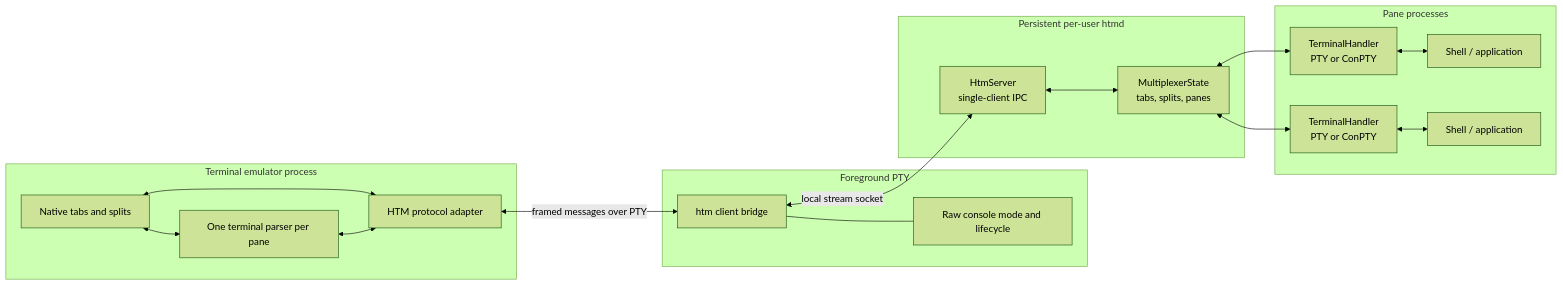
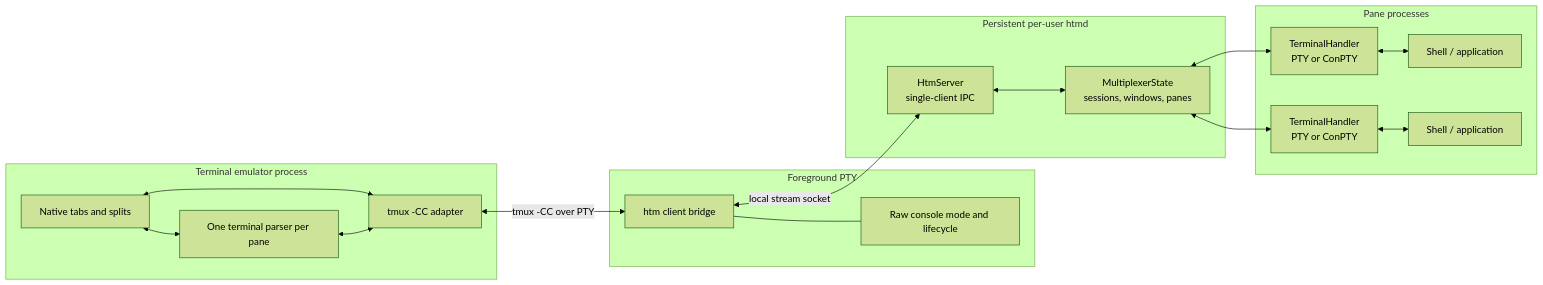
One commit to MisterTea/EternalTerminal changed the first of 3 diagrams in docs/htm-design.md. Above: the diagram before and after it, drawn with Mermaid (forest theme). The commit also changed other lines of this file and 23 other files, not shown here.

First line of the commit message:
Align HTM with tmux 3.x clients and document the control-mode protocol.

````diff
--- a/docs/htm-design.md
+++ b/docs/htm-design.md
@@ -43,37 +46,37 @@
 ```mermaid
 flowchart LR
     subgraph Emulator[Terminal emulator process]
         UI[Native tabs and splits]
         Parsers[One terminal parser per pane]
-        Adapter[HTM protocol adapter]
+        Adapter[tmux -CC adapter]
         UI <--> Parsers
         UI <--> Adapter
         Parsers <--> Adapter
     end
 
     subgraph Foreground[Foreground PTY]
         H[htm client bridge]
         Raw[Raw console mode and lifecycle]
         H --- Raw
     end
 
     subgraph Daemon[Persistent per-user htmd]
         Server[HtmServer<br/>single-client IPC]
-        State[MultiplexerState<br/>tabs, splits, panes]
+        State[MultiplexerState<br/>sessions, windows, panes]
         Server <--> State
     end
 
     subgraph PaneProcesses[Pane processes]
         P1[TerminalHandler<br/>PTY or ConPTY]
         S1[Shell / application]
         P2[TerminalHandler<br/>PTY or ConPTY]
         S2[Shell / application]
         P1 <--> S1
         P2 <--> S2
     end
 
-    Adapter <-->|framed messages over PTY| H
+    Adapter <-->|tmux -CC over PTY| H
     H <-->|local stream socket| Server
     State <--> P1
     State <--> P2
 ```
````
